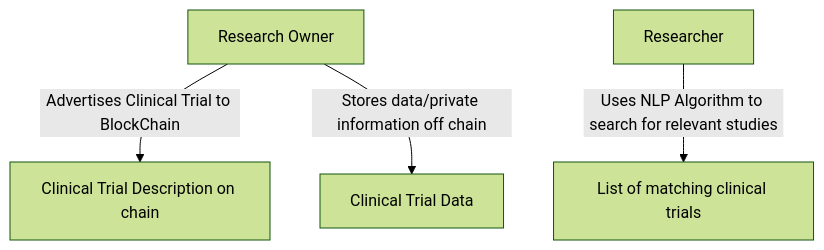
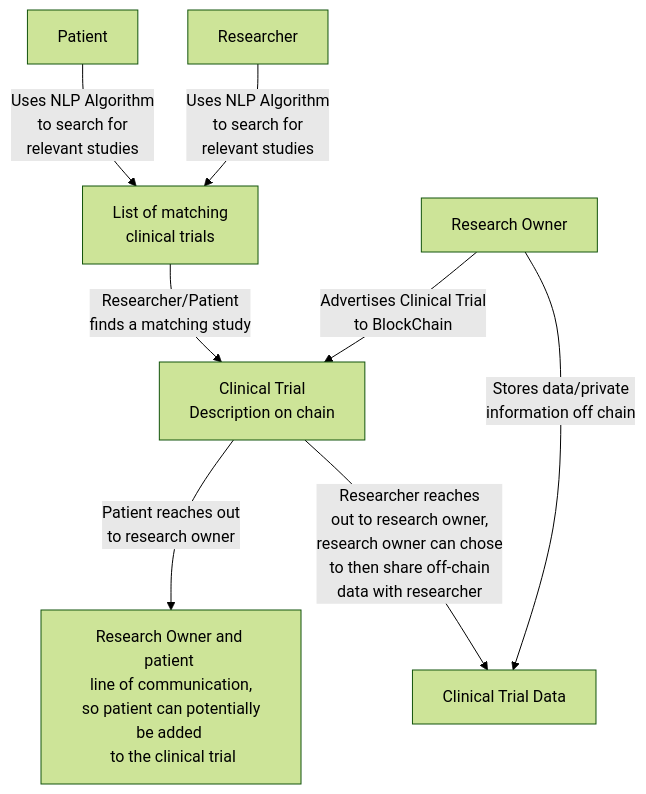
Before and after one commit to AI-and-Blockchain/S22_StudyBlock: the diagram in README.md, drawn with Mermaid (forest theme).

````diff
--- a/README.md
+++ b/README.md
@@ -14,7 +14,12 @@
 ```mermaid
 graph TB;
-    A[Research Owner] -- Advertises Clinical Trial to BlockChain --> D[Clinical Trial Description on chain]
-    A -- Stores data/private information off chain --> E[Clinical Trial Data]
-    B[Researcher] -- Uses NLP Algorithm to search for relevant studies --> F[List of matching clinical trials]
+    A[Research Owner] -- Advertises Clinical Trial <br> to BlockChain --> D[Clinical Trial <br> Description on chain]
+    A -- Stores data/private <br> information off chain --> E[Clinical Trial Data]
+    B[Researcher] -- Uses NLP Algorithm <br> to search for <br> relevant studies --> F[List of matching <br> clinical trials]
+    C[Patient] -- Uses NLP Algorithm <br> to search for <br> relevant studies --> F
+    F -- Researcher/Patient <br> finds a matching study --> D
+    D -- Patient reaches out <br> to research owner --> G[Research Owner and patient <br> line of communication, <br> so patient can potentially be added <br> to the clinical trial]
+    D -- Researcher reaches <br> out to research owner, <br> research owner can chose <br> to then share off-chain <br> data with researcher --> E
+
 
 ```
````
